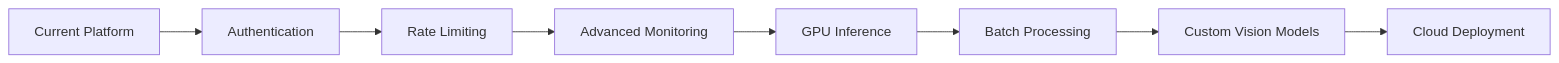
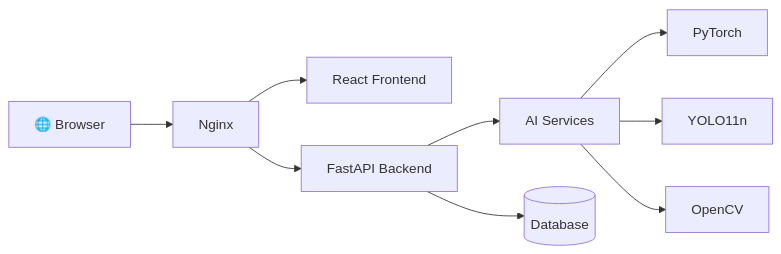
Before and after one commit to Debankumardas/AI-Visual-Intelligence-API: the sixth of 6 diagrams in README.md, drawn with Mermaid. The commit also changed other lines of this file, not shown here.

````diff
--- a/README.md
+++ b/README.md
@@ -773,11 +615,19 @@
 ```mermaid
 flowchart LR
 
-    A[Current Platform] --> B[Authentication]
-    B --> C[Rate Limiting]
-    C --> D[Advanced Monitoring]
-    D --> E[GPU Inference]
-    E --> F[Batch Processing]
-    F --> G[Custom Vision Models]
-    G --> H[Cloud Deployment]
+    B[🌐 Browser]
+
+    B --> N[Nginx]
+
+    N --> F[React Frontend]
+
+    N --> A[FastAPI Backend]
+
+    A --> AI[AI Services]
+
+    AI --> P[PyTorch]
+    AI --> Y[YOLO11n]
+    AI --> CV[OpenCV]
+
+    A --> DB[(Database)]
 ```
````
